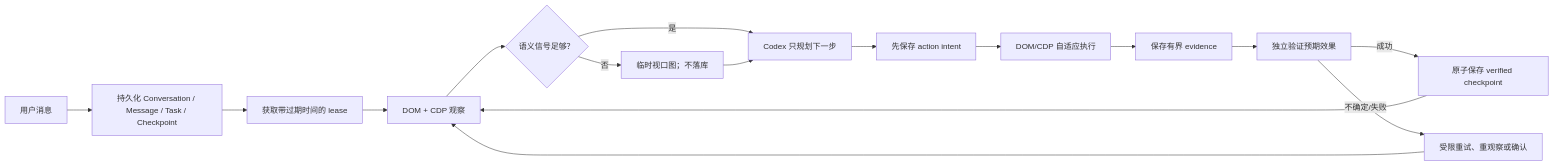
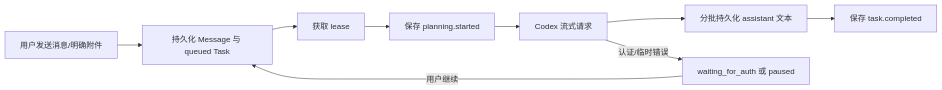
Before and after one commit to nullptrpanic/chatbrowserx: the diagram in docs/architecture.md, drawn with Mermaid. The commit also changed other lines of this file and 162 other files, not shown here.

````diff
--- a/docs/architecture.md
+++ b/docs/architecture.md
@@ -28,18 +22,11 @@
 ```mermaid
 flowchart LR
-  U["用户消息"] --> P["持久化 Conversation / Message / Task / Checkpoint"]
-  P --> L["获取带过期时间的 lease"]
-  L --> O["DOM + CDP 观察"]
-  O --> V{"语义信号足够？"}
-  V -- "否" --> S["临时视口图；不落库"]
-  V -- "是" --> M["Codex 只规划下一步"]
-  S --> M
-  M --> I["先保存 action intent"]
-  I --> A["DOM/CDP 自适应执行"]
-  A --> E["保存有界 evidence"]
-  E --> R["独立验证预期效果"]
-  R -- "成功" --> C["原子保存 verified checkpoint"]
-  R -- "不确定/失败" --> G["受限重试、重观察或确认"]
-  C --> O
-  G --> O
+  U["用户发送消息/明确附件"] --> P["持久化 Message 与 queued Task"]
+  P --> L["获取 lease"]
+  L --> S["保存 planning.started"]
+  S --> C["Codex 流式请求"]
+  C --> B["分批持久化 assistant 文本"]
+  B --> D["保存 task.completed"]
+  C -- "认证/临时错误" --> W["waiting_for_auth 或 paused"]
+  W -- "用户继续" --> P
 ```
````
